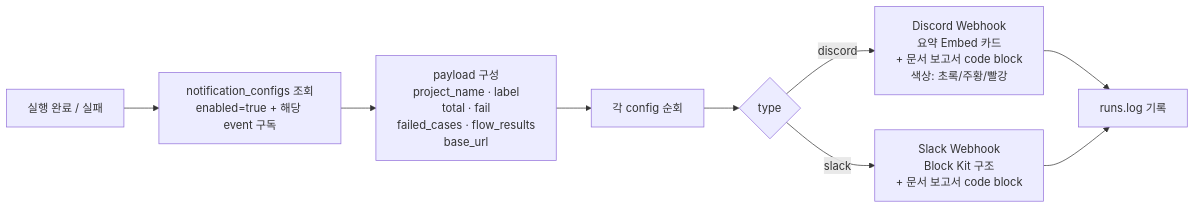
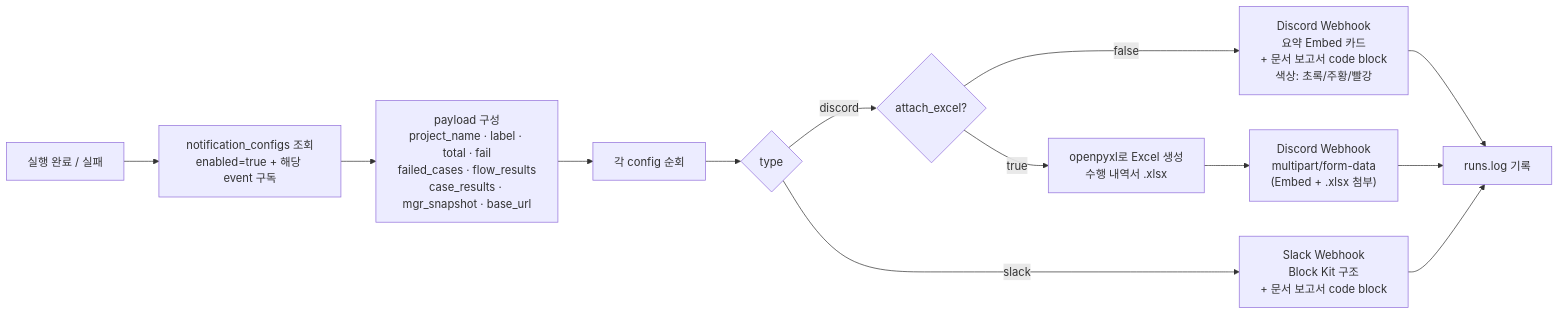
Before and after one commit to KIMjongYoun1/QASingle: the sixth of 10 diagrams in docs/서비스플로우.md, drawn with Mermaid. The commit also changed 3 other files, not shown here.

First line of the commit message:
docs: Discord Excel 첨부 기능 반영하여 README·docs 업데이트

````diff
--- a/docs/서비스플로우.md
+++ b/docs/서비스플로우.md
@@ -184,10 +184,13 @@
 ```mermaid
 flowchart LR
     RUN[실행 완료 / 실패] --> FETCH[notification_configs 조회\nenabled=true + 해당 event 구독]
-    FETCH --> BUILD["payload 구성\nproject_name · label\ntotal · fail\nfailed_cases · flow_results\nbase_url"]
+    FETCH --> BUILD["payload 구성\nproject_name · label · total · fail\nfailed_cases · flow_results\ncase_results · mgr_snapshot · base_url"]
     BUILD --> LOOP[각 config 순회]
     LOOP --> TYPE{type}
-    TYPE -->|discord| DISCORD["Discord Webhook\n요약 Embed 카드\n+ 문서 보고서 code block\n색상: 초록/주황/빨강"]
+    TYPE -->|discord| EXCEL{attach_excel?}
+    EXCEL -->|true| GEN["openpyxl로 Excel 생성\n수행 내역서 .xlsx"]
+    EXCEL -->|false| DISCORD["Discord Webhook\n요약 Embed 카드\n+ 문서 보고서 code block\n색상: 초록/주황/빨강"]
+    GEN --> MULTIPART["Discord Webhook\nmultipart/form-data\n(Embed + .xlsx 첨부)"]
     TYPE -->|slack| SLACK["Slack Webhook\nBlock Kit 구조\n+ 문서 보고서 code block"]
-    DISCORD & SLACK --> LOGFILE[runs.log 기록]
+    DISCORD & MULTIPART & SLACK --> LOGFILE[runs.log 기록]
 ```
````
